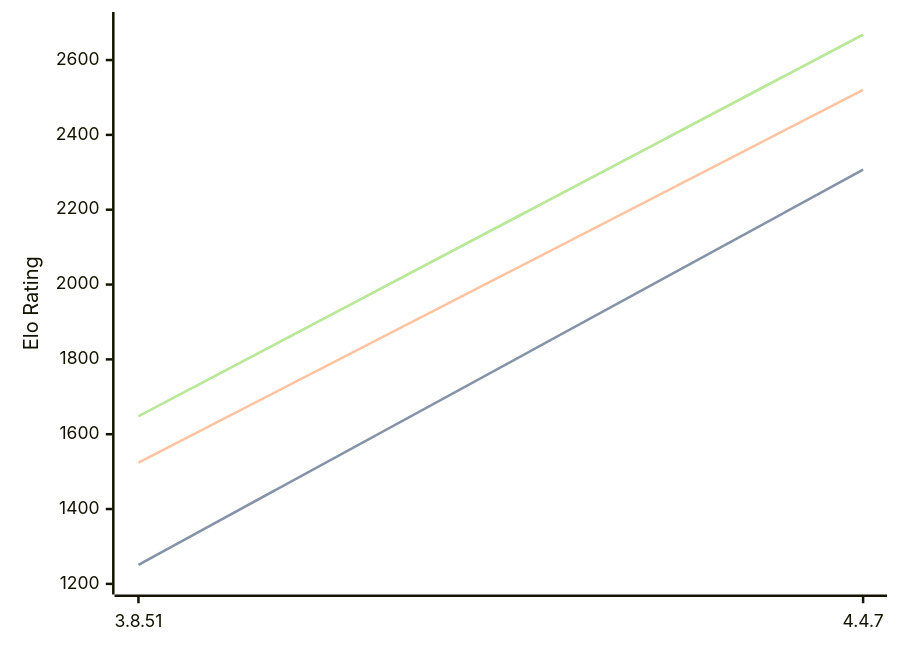
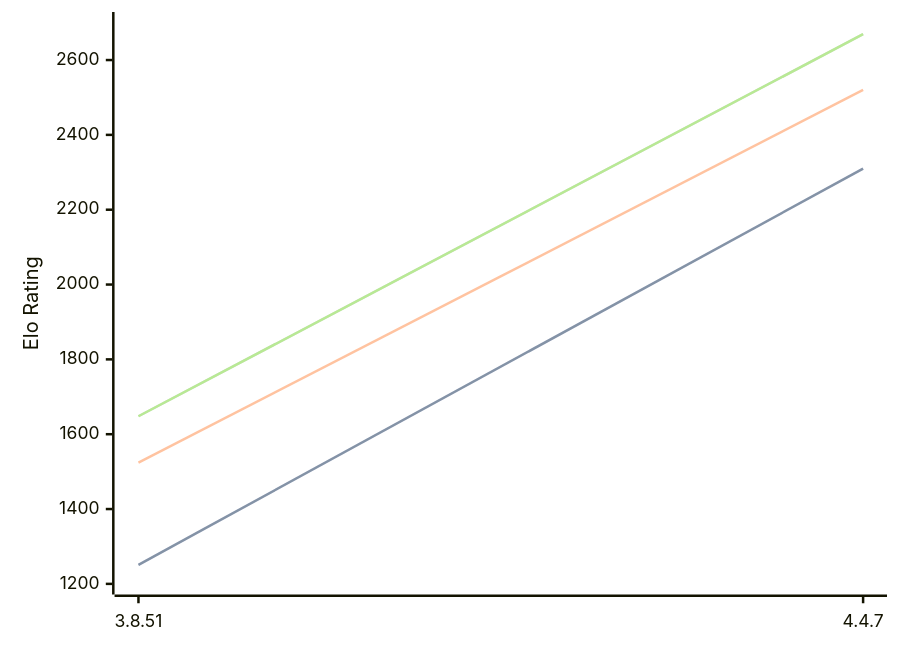
Before and after one commit to computer-chess-index/cci: the diagram in engines/Scoria.md, drawn with Mermaid. The commit also changed other lines of this file, not shown here.

Commit message:
Update CCI Ratings (ELO VLTC) - 2026-08-24

````diff
--- a/engines/Scoria.md
+++ b/engines/Scoria.md
@@ -32,11 +32,11 @@
 ```mermaid
 %%{init: {"theme":"base","themeVariables":{"seriesColors:['#a3a3a3','#222221','#faa371']}}}%%
 xychart-beta
   x-axis ["3.8.51", "4.4.7"]
   y-axis "Elo Rating" 1200 --> 2700
-  line "STC (8.0+0.08s)" [1251, 2307]
-  line "STC (8.0+0.08s)" [1251, 2307]
+  line "STC (8.0+0.08s)" [1251, 2310]
+  line "STC (8.0+0.08s)" [1251, 2310]
   line "LTC (60.0+0.60s)" [1524, 2520]
-  line "VLTC (2m24s+1.12s)" [1648, 2668]
-  line "VLTC (2m24s+1.12s)" [1648, 2668]
+  line "VLTC (2m24s+1.12s)" [1648, 2669]
+  line "VLTC (2m24s+1.12s)" [1648, 2669]
 ```
````
